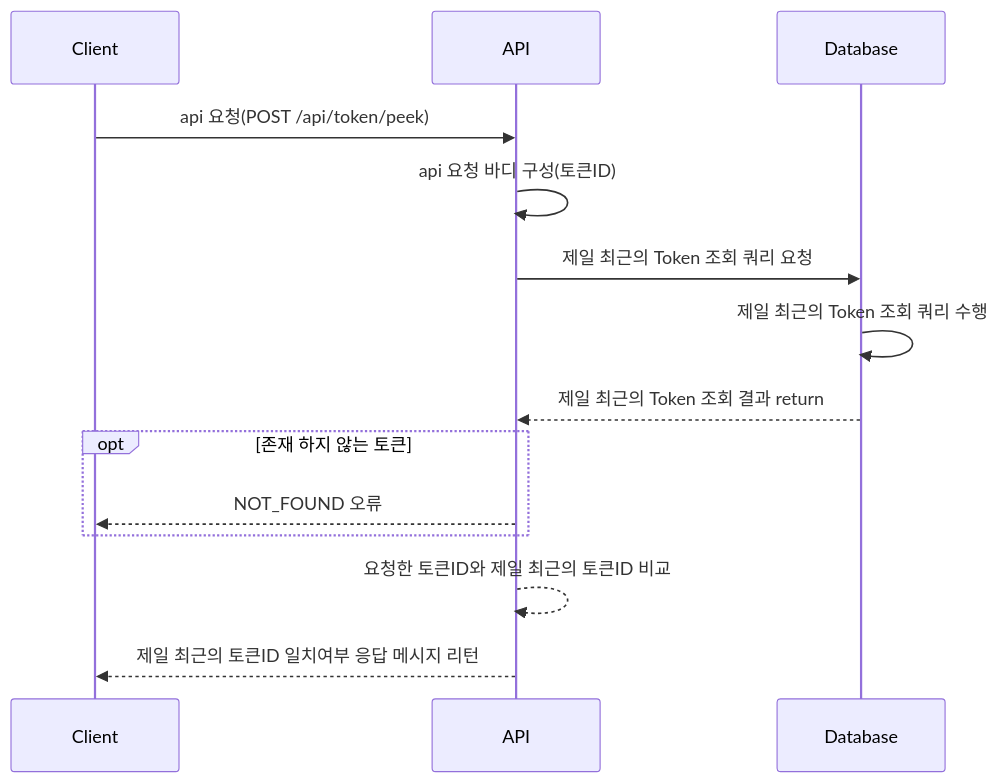
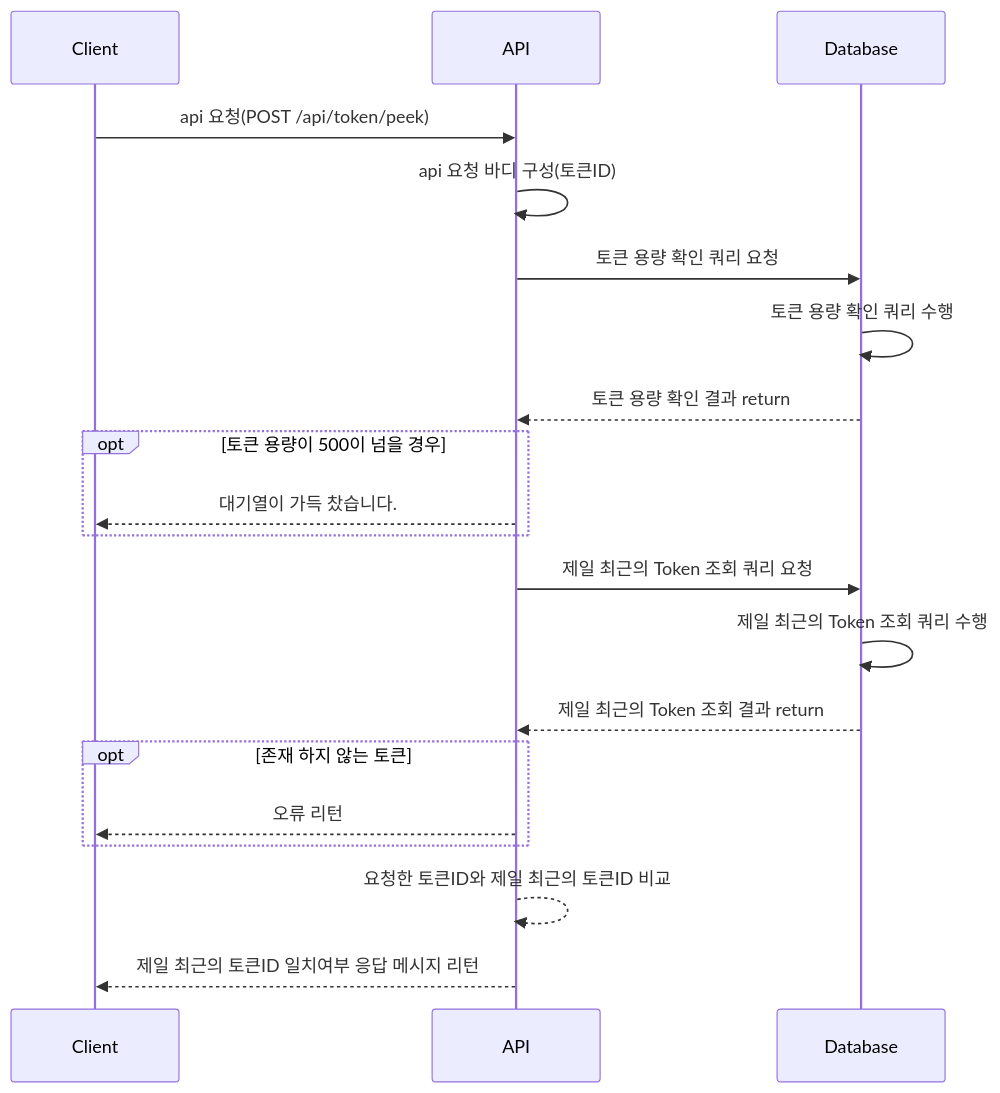
Before and after one commit to wanniDev/ticket: the second of 8 diagrams in README.MD, drawn with Mermaid. The commit also changed other lines of this file, not shown here.

Commit message:
Document: 대기열 플로우차트 정리

````diff
--- a/README.MD
+++ b/README.MD
@@ -341,16 +347,22 @@
 ```mermaid
 sequenceDiagram
     participant C as Client
     participant A as API
     participant DB as Database
     C->>A: api 요청(POST /api/token/peek)
     A->>A: api 요청 바디 구성(토큰ID)
+    A->>DB: 토큰 용량 확인 쿼리 요청
+    DB->>DB: 토큰 용량 확인 쿼리 수행
+    DB-->>A: 토큰 용량 확인 결과 return
+    opt 토큰 용량이 500이 넘을 경우
+        A-->>C: 대기열이 가득 찼습니다.
+    end
     A->>DB: 제일 최근의 Token 조회 쿼리 요청
     DB->>DB: 제일 최근의 Token 조회 쿼리 수행
     DB-->>A: 제일 최근의 Token 조회 결과 return
     opt 존재 하지 않는 토큰
-        A-->>C: NOT_FOUND 오류
+        A-->>C: 오류 리턴
     end
     A-->>A: 요청한 토큰ID와 제일 최근의 토큰ID 비교
     A-->>C: 제일 최근의 토큰ID 일치여부 응답 메시지 리턴
 ```
````
